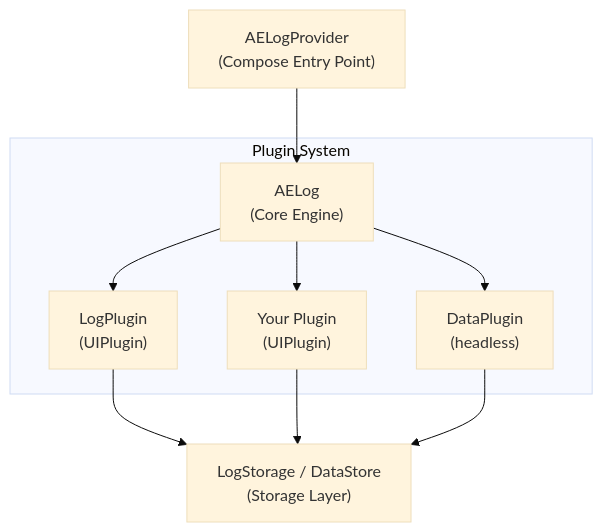
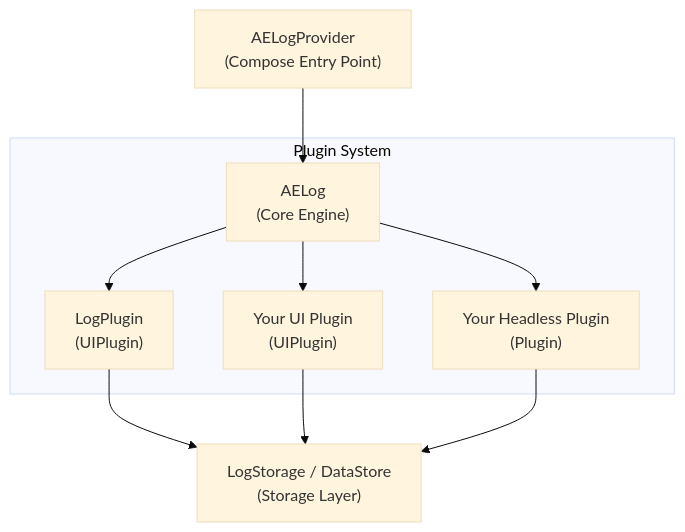
The diagram in CONTRIBUTING.md (abdo-essam/AELog), drawn with Mermaid (base theme) before and after one commit. The commit also changed other lines of this file and 25 other files, not shown here.

First line of the commit message:
refactor(core): Simplify plugin lifecycle and architecture

````diff
--- a/CONTRIBUTING.md
+++ b/CONTRIBUTING.md
@@ -110,14 +110,14 @@
 ```mermaid
 flowchart TD
     AELogProvider["AELogProvider<br>(Compose Entry Point)"] --> AELog["AELog<br>(Core Engine)"]
     
     subgraph Plugins ["Plugin System"]
         AELog --> LogPlugin["LogPlugin<br>(UIPlugin)"]
-        AELog --> CustomPlugin["Your Plugin<br>(UIPlugin)"]
-        AELog --> DataPlugin["DataPlugin<br>(headless)"]
+        AELog --> CustomPlugin["Your UI Plugin<br>(UIPlugin)"]
+        AELog --> HeadlessPlugin["Your Headless Plugin<br>(Plugin)"]
     end
     
     LogPlugin --> Storage["LogStorage / DataStore<br>(Storage Layer)"]
     CustomPlugin --> Storage
-    DataPlugin --> Storage
+    HeadlessPlugin --> Storage
 ```
````
